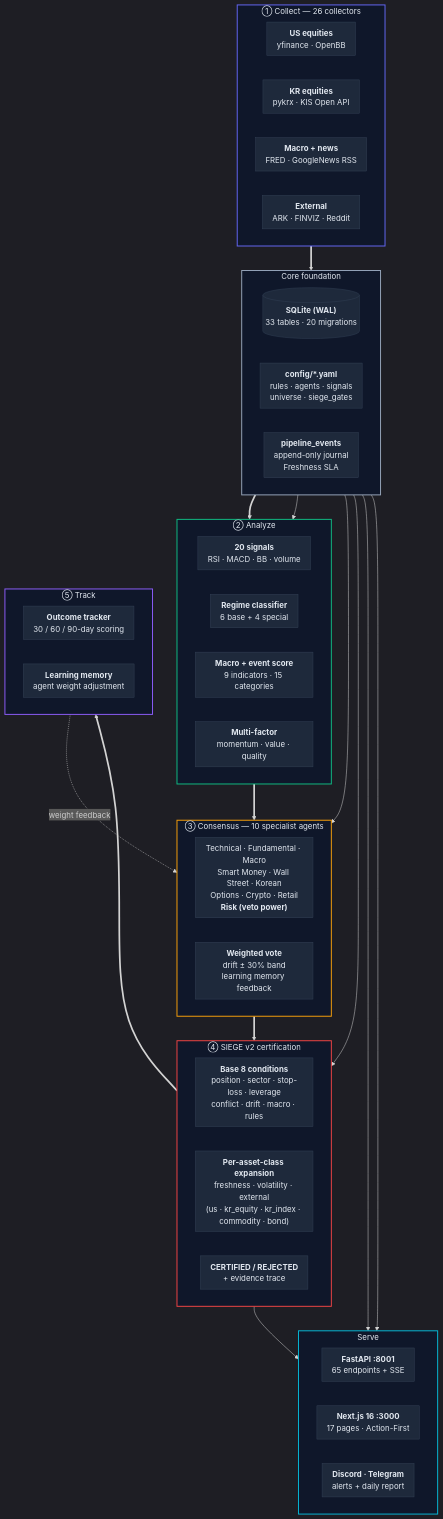
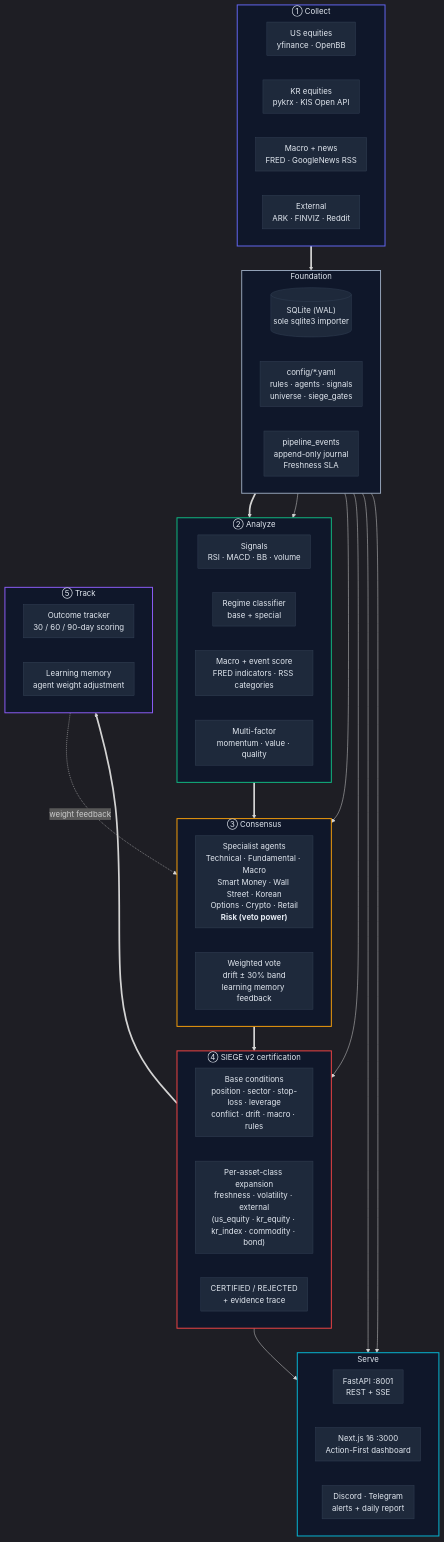
One commit to researcherhojin/nuri-quant changed the diagram in README.md. Above: the diagram before and after it, drawn with Mermaid. The commit also changed other lines of this file and 5 other files, not shown here.

First line of the commit message:
docs: refresh stale counts + SPEC status markers + README mermaid readability (#354)

```diff
--- a/README.md
+++ b/README.md
@@ -23,59 +23,59 @@
 flowchart TD
 
   %% ───── ① Collect ─────
-  subgraph COLLECT["① Collect — 26 collectors"]
+  subgraph COLLECT["① Collect"]
     direction LR
-    C1["<b>US equities</b><br/>yfinance · OpenBB"]
-    C2["<b>KR equities</b><br/>pykrx · KIS Open API"]
-    C3["<b>Macro + news</b><br/>FRED · GoogleNews RSS"]
-    C4["<b>External</b><br/>ARK · FINVIZ · Reddit"]
+    C1["US equities<br/>yfinance · OpenBB"]
+    C2["KR equities<br/>pykrx · KIS Open API"]
+    C3["Macro + news<br/>FRED · GoogleNews RSS"]
+    C4["External<br/>ARK · FINVIZ · Reddit"]
   end
 
   %% ───── Core ─────
-  subgraph CORE["Core foundation"]
+  subgraph CORE["Foundation"]
     direction LR
-    DB[("<b>SQLite (WAL)</b><br/>33 tables · 20 migrations")]
-    CFG["<b>config/*.yaml</b><br/>rules · agents · signals<br/>universe · siege_gates"]
-    EVT["<b>pipeline_events</b><br/>append-only journal<br/>Freshness SLA"]
+    DB[("SQLite (WAL)<br/>sole sqlite3 importer")]
+    CFG["config/*.yaml<br/>rules · agents · signals<br/>universe · siege_gates"]
+    EVT["pipeline_events<br/>append-only journal<br/>Freshness SLA"]
   end
 
   %% ───── ② Analyze ─────
   subgraph ANALYZE["② Analyze"]
     direction LR
-    SIG["<b>20 signals</b><br/>RSI · MACD · BB · volume"]
-    REG["<b>Regime classifier</b><br/>6 base + 4 special"]
-    SCR["<b>Macro + event score</b><br/>9 indicators · 15 categories"]
-    FAC["<b>Multi-factor</b><br/>momentum · value · quality"]
+    SIG["Signals<br/>RSI · MACD · BB · volume"]
+    REG["Regime classifier<br/>base + special"]
+    SCR["Macro + event score<br/>FRED indicators · RSS categories"]
+    FAC["Multi-factor<br/>momentum · value · quality"]
   end
 
   %% ───── ③ Consensus ─────
-  subgraph CONSENSUS["③ Consensus — 10 specialist agents"]
+  subgraph CONSENSUS["③ Consensus"]
     direction LR
-    AGENTS["Technical · Fundamental · Macro<br/>Smart Money · Wall Street · Korean<br/>Options · Crypto · Retail<br/><b>Risk (veto power)</b>"]
-    VOTE["<b>Weighted vote</b><br/>drift ± 30% band<br/>learning memory feedback"]
+    AGENTS["Specialist agents<br/>Technical · Fundamental · Macro<br/>Smart Money · Wall Street · Korean<br/>Options · Crypto · Retail<br/><b>Risk (veto power)</b>"]
+    VOTE["Weighted vote<br/>drift ± 30% band<br/>learning memory feedback"]
   end
 
   %% ───── ④ SIEGE v2 ─────
   subgraph SIEGE["④ SIEGE v2 certification"]
     direction LR
-    BASE["<b>Base 8 conditions</b><br/>position · sector · stop-loss · leverage<br/>conflict · drift · macro · rules"]
-    EXP["<b>Per-asset-class expansion</b><br/>freshness · volatility · external<br/>(us · kr_equity · kr_index · commodity · bond)"]
-    RES["<b>CERTIFIED / REJECTED</b><br/>+ evidence trace"]
+    BASE["Base conditions<br/>position · sector · stop-loss · leverage<br/>conflict · drift · macro · rules"]
+    EXP["Per-asset-class expansion<br/>freshness · volatility · external<br/>(us_equity · kr_equity · kr_index · commodity · bond)"]
+    RES["CERTIFIED / REJECTED<br/>+ evidence trace"]
   end
 
   %% ───── ⑤ Track ─────
   subgraph TRACK["⑤ Track"]
     direction LR
-    OUT["<b>Outcome tracker</b><br/>30 / 60 / 90-day scoring"]
-    MEM["<b>Learning memory</b><br/>agent weight adjustment"]
+    OUT["Outcome tracker<br/>30 / 60 / 90-day scoring"]
+    MEM["Learning memory<br/>agent weight adjustment"]
   end
 
   %% ───── Serve ─────
   subgraph SERVE["Serve"]
     direction LR
-    API["<b>FastAPI :8001</b><br/>65 endpoints + SSE"]
-    UI["<b>Next.js 16 :3000</b><br/>17 pages · Action-First"]
-    ALR["<b>Discord · Telegram</b><br/>alerts + daily report"]
+    API["FastAPI :8001<br/>REST + SSE"]
+    UI["Next.js 16 :3000<br/>Action-First dashboard"]
+    ALR["Discord · Telegram<br/>alerts + daily report"]
   end
 
   %% ───── flow ─────
```
